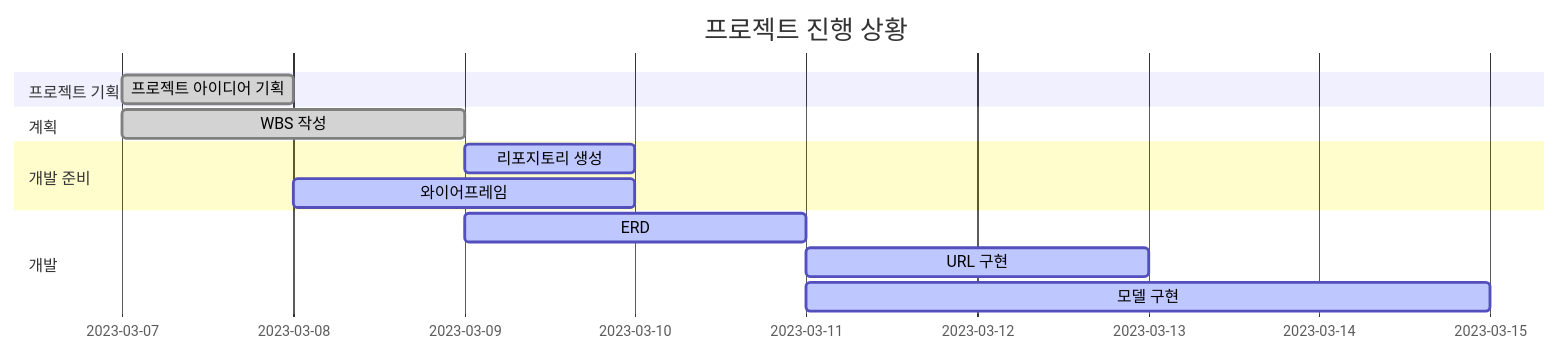
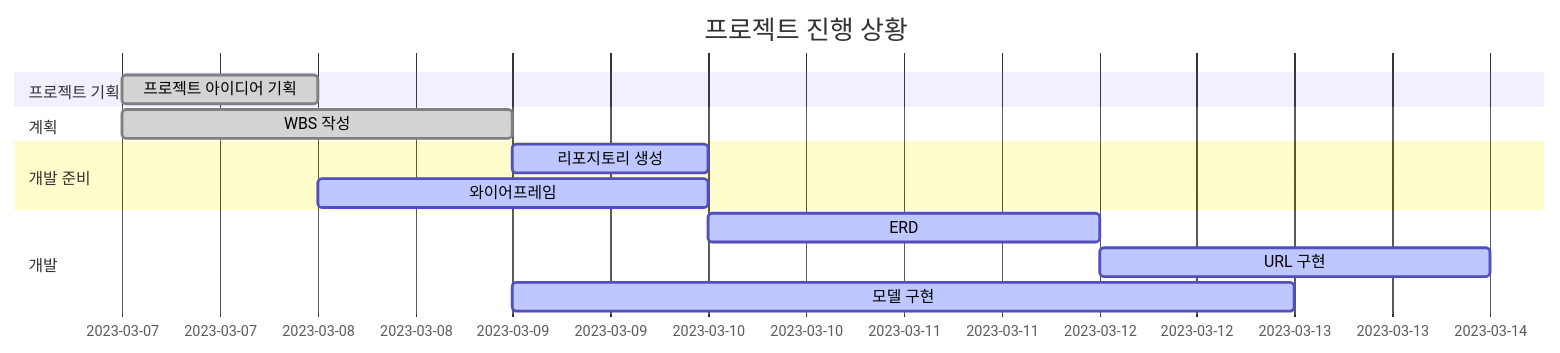
Before and after one commit to YooJi3un/Booklog: the diagram in README.md, drawn with Mermaid. The commit also changed other lines of this file, not shown here.

````diff
--- a/README.md
+++ b/README.md
@@ -15,21 +15,21 @@
 ```mermaid
 gantt
     dateFormat  YYYY-MM-DD
     title 프로젝트 진행 상황
 
     section 프로젝트 기획
     프로젝트 아이디어 기획    :done,    des1, 2023-03-07, 1d
     
     section 계획
     WBS 작성   :done,    des2, 2023-03-07, 2d
     
     section 개발 준비
     리포지토리 생성 :active,  des3, 2023-03-09, 1d
     와이어프레임      :active, des4, 2023-03-08, 2d
     
     section 개발
-    ERD          :         active, des4, 2023-03-09, 2d
-    URL 구현        :       active, des4, 2023-03-11, 2d
-    모델 구현       :       active, des4, 2023-03-11, 4d
+    ERD          :         active, des4, 2023-03-10, 2d
+    URL 구현        :       active, des4, 2023-03-12, 2d
+    모델 구현       :       active, des4, 2023-03-09, 4d
 
 ```
````
